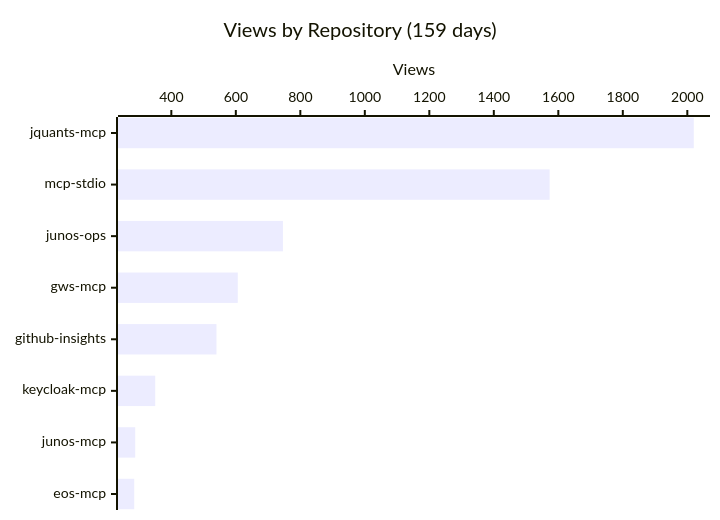
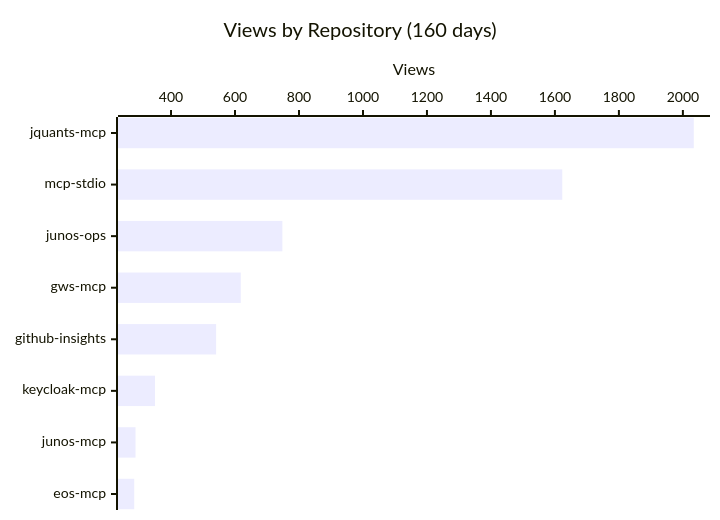
One commit to shigechika/github-insights changed the first of 4 diagrams in README.md. Above: the diagram before and after it, drawn with Mermaid. The commit also changed other lines of this file and 2 other files, not shown here.

````diff
--- a/README.md
+++ b/README.md
@@ -18,7 +18,7 @@
 ```mermaid
 xychart-beta horizontal
-    title "Views by Repository (159 days)"
+    title "Views by Repository (160 days)"
     x-axis ["jquants-mcp", "mcp-stdio", "junos-ops", "gws-mcp", "github-insights", "keycloak-mcp", "junos-mcp", "eos-mcp"]
     y-axis "Views"
-    bar [2020, 1573, 746, 606, 540, 350, 288, 285]
+    bar [2034, 1623, 748, 618, 541, 350, 289, 285]
 ```
````
